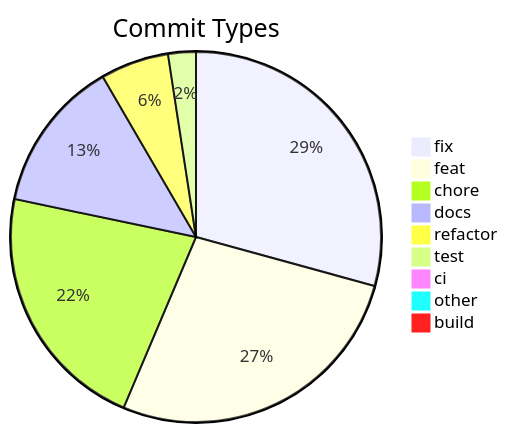
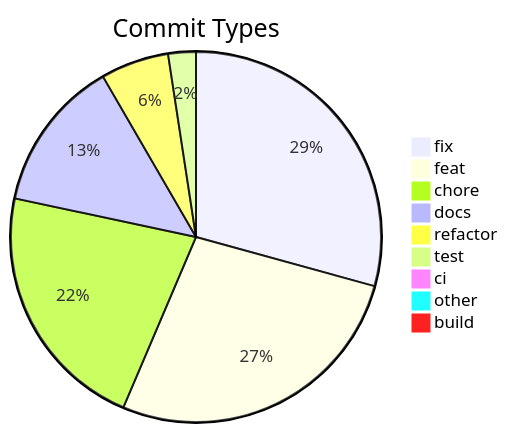
One commit to svenroth-ai/shipwright changed the diagram in .shipwright/compliance/change-history.md. Above: the diagram before and after it, drawn with Mermaid. The commit also changed other lines of this file and 31 other files, not shown here.

````diff
--- a/.shipwright/compliance/change-history.md
+++ b/.shipwright/compliance/change-history.md
@@ -8,12 +8,12 @@
 ```mermaid
 pie title Commit Types
-    "fix" : 314
-    "feat" : 291
-    "chore" : 235
+    "fix" : 315
+    "feat" : 292
+    "chore" : 236
     "docs" : 143
     "refactor" : 64
     "test" : 26
     "ci" : 9
     "other" : 7
     "build" : 1
 ```
````
